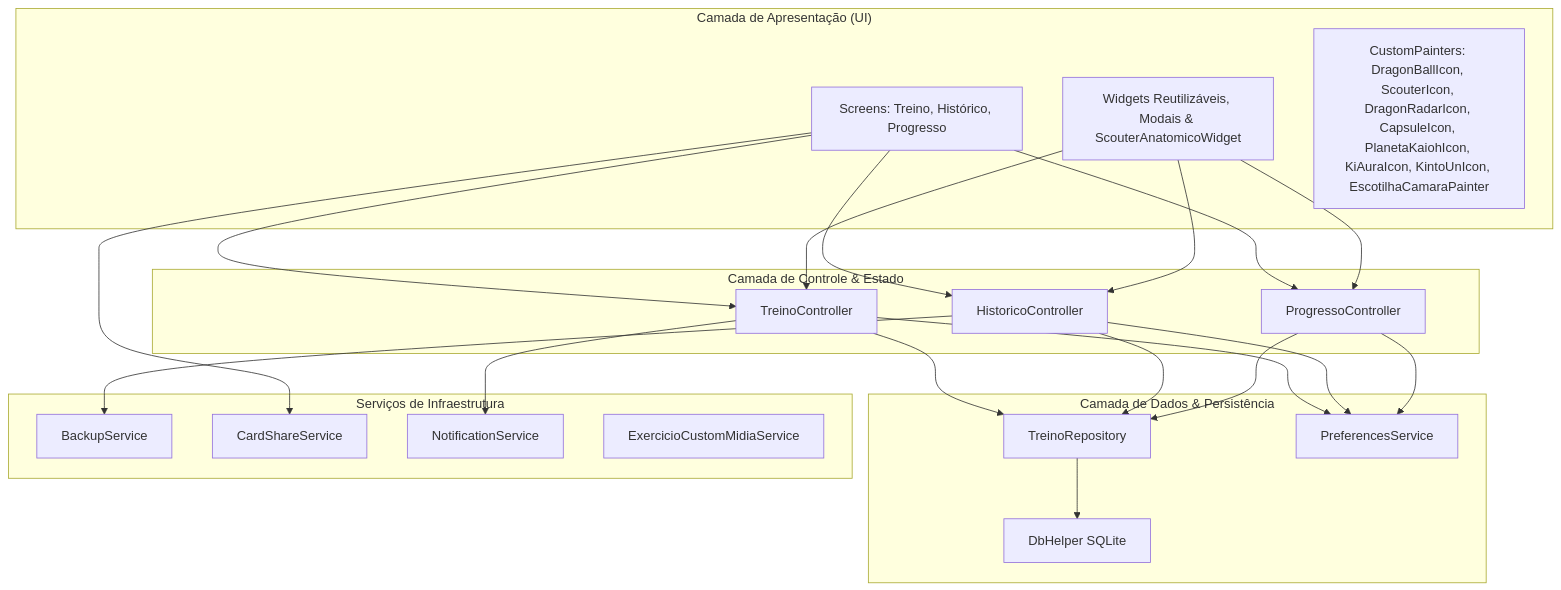
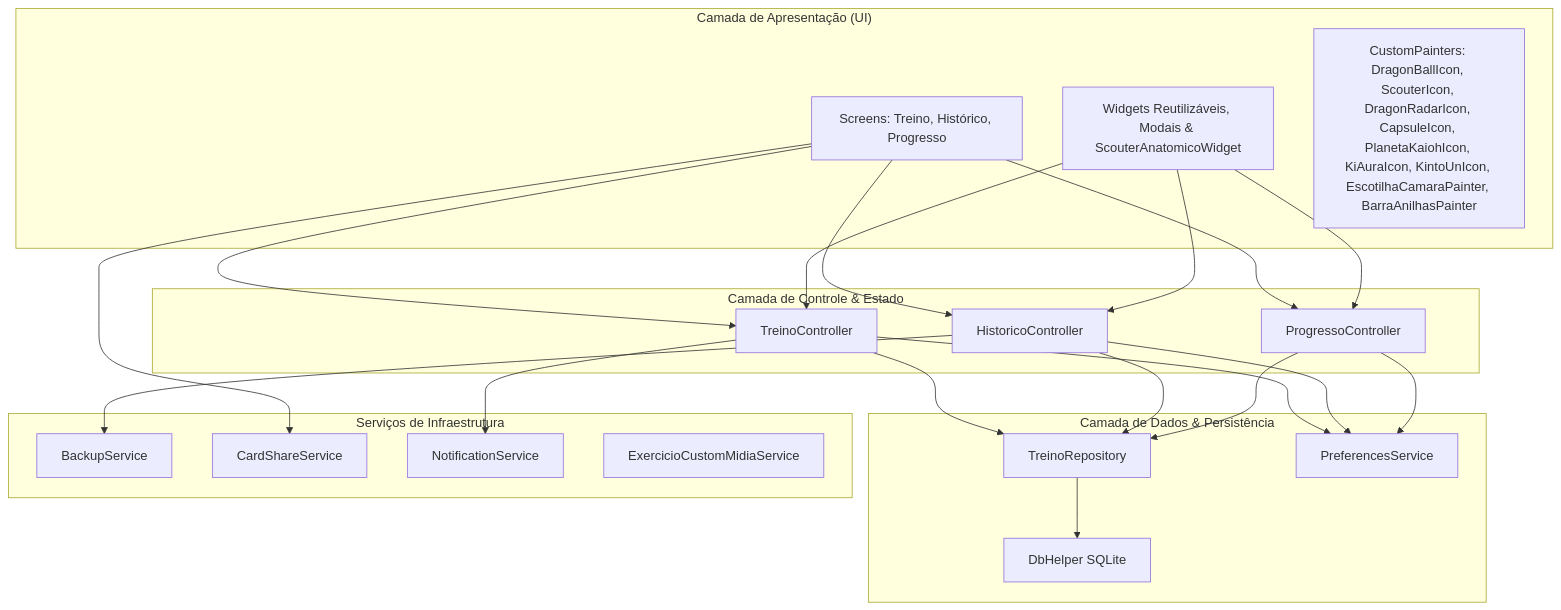
Before and after one commit to Luan-Diniz02/Gym_Saiyajin: the first of 2 diagrams in docs/ARQUITETURA.md, drawn with Mermaid. The commit also changed other lines of this file and 7 other files, not shown here.

````diff
--- a/docs/ARQUITETURA.md
+++ b/docs/ARQUITETURA.md
@@ -13,36 +13,36 @@
 ```mermaid
 graph TD
     subgraph UI ["Camada de Apresentação (UI)"]
         Screens[Screens: Treino, Histórico, Progresso]
         Widgets[Widgets Reutilizáveis, Modais & ScouterAnatomicoWidget]
-        Painters[CustomPainters: DragonBallIcon, ScouterIcon, DragonRadarIcon, CapsuleIcon, PlanetaKaiohIcon, KiAuraIcon, KintoUnIcon, EscotilhaCamaraPainter]
+        Painters[CustomPainters: DragonBallIcon, ScouterIcon, DragonRadarIcon, CapsuleIcon, PlanetaKaiohIcon, KiAuraIcon, KintoUnIcon, EscotilhaCamaraPainter, BarraAnilhasPainter]
     end
 
     subgraph ControllersLayer ["Camada de Controle & Estado"]
         TC[TreinoController]
         HC[HistoricoController]
         PC[ProgressoController]
     end
 
     subgraph DataLayer ["Camada de Dados & Persistência"]
         Repo[TreinoRepository]
         DB[DbHelper SQLite]
         Prefs[PreferencesService]
     end
 
     subgraph InfrastructureLayer ["Serviços de Infraestrutura"]
         Backup[BackupService]
         Share[CardShareService]
         Notify[NotificationService]
         CustomMidia[ExercicioCustomMidiaService]
     end
 
     Screens --> TC & HC & PC
     Widgets --> TC & HC & PC
     TC & HC & PC --> Repo
     TC & HC & PC --> Prefs
     Repo --> DB
     HC --> Backup
     Screens --> Share
     TC --> Notify
 ```
````
